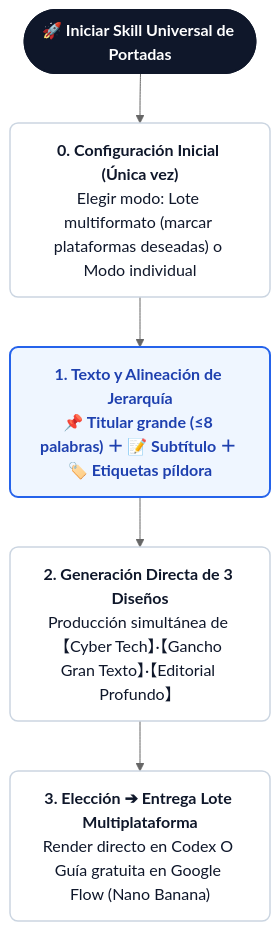
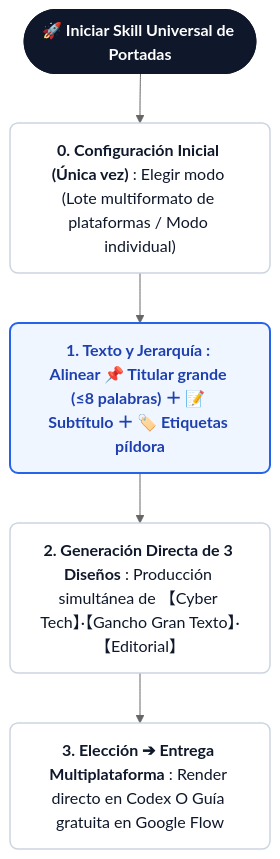
One commit to kaomei/cover-studio changed the first of 2 diagrams in README.es.md. Above: the diagram before and after it, drawn with Mermaid (neutral theme). The commit also changed 7 other files, not shown here.

Commit message:
style(docs): format workflow diagram into ultra-clean, wide single-line horizontal cards without awkward character wrapping

````diff
--- a/README.es.md
+++ b/README.es.md
@@ -58,13 +58,13 @@
 ```mermaid
 flowchart TD
     classDef default fill:#ffffff,stroke:#e2e8f0,stroke-width:1.5px,color:#1e293b,rx:8px,ry:8px;
     classDef startNode fill:#0f172a,stroke:#0f172a,stroke-width:2px,color:#ffffff,font-weight:bold,rx:20px,ry:20px;
     classDef stepNode fill:#ffffff,stroke:#cbd5e1,stroke-width:1.5px,color:#0f172a,rx:8px,ry:8px;
     classDef highlightNode fill:#eff6ff,stroke:#2563eb,stroke-width:2px,color:#1e40af,font-weight:bold,rx:8px,ry:8px;
 
     A0(["🚀 Iniciar Skill Universal de Portadas"]):::startNode
-    --> A1["<b>0. Configuración Inicial (Única vez)</b><br/>Elegir modo: Lote multiformato (marcar plataformas deseadas) o Modo individual"]:::stepNode
-    --> A2["<b>1. Texto y Alineación de Jerarquía</b><br/>📌 Titular grande (≤8 palabras) ＋ 📝 Subtítulo ＋ 🏷️ Etiquetas píldora"]:::highlightNode
-    --> A3["<b>2. Generación Directa de 3 Diseños</b><br/>Producción simultánea de 【Cyber Tech】·【Gancho Gran Texto】·【Editorial Profundo】"]:::stepNode
-    --> A4["<b>3. Elección ➔ Entrega Lote Multiplataforma</b><br/>Render directo en Codex O Guía gratuita en Google Flow (Nano Banana)"]:::stepNode
+    --> A1["<b>0. Configuración Inicial (Única vez)</b> : Elegir modo (Lote multiformato de plataformas / Modo individual)"]:::stepNode
+    --> A2["<b>1. Texto y Jerarquía</b> : Alinear 📌 Titular grande (≤8 palabras) ＋ 📝 Subtítulo ＋ 🏷️ Etiquetas píldora"]:::highlightNode
+    --> A3["<b>2. Generación Directa de 3 Diseños</b> : Producción simultánea de 【Cyber Tech】·【Gancho Gran Texto】·【Editorial】"]:::stepNode
+    --> A4["<b>3. Elección ➔ Entrega Multiplataforma</b> : Render directo en Codex O Guía gratuita en Google Flow"]:::stepNode
 ```
````
